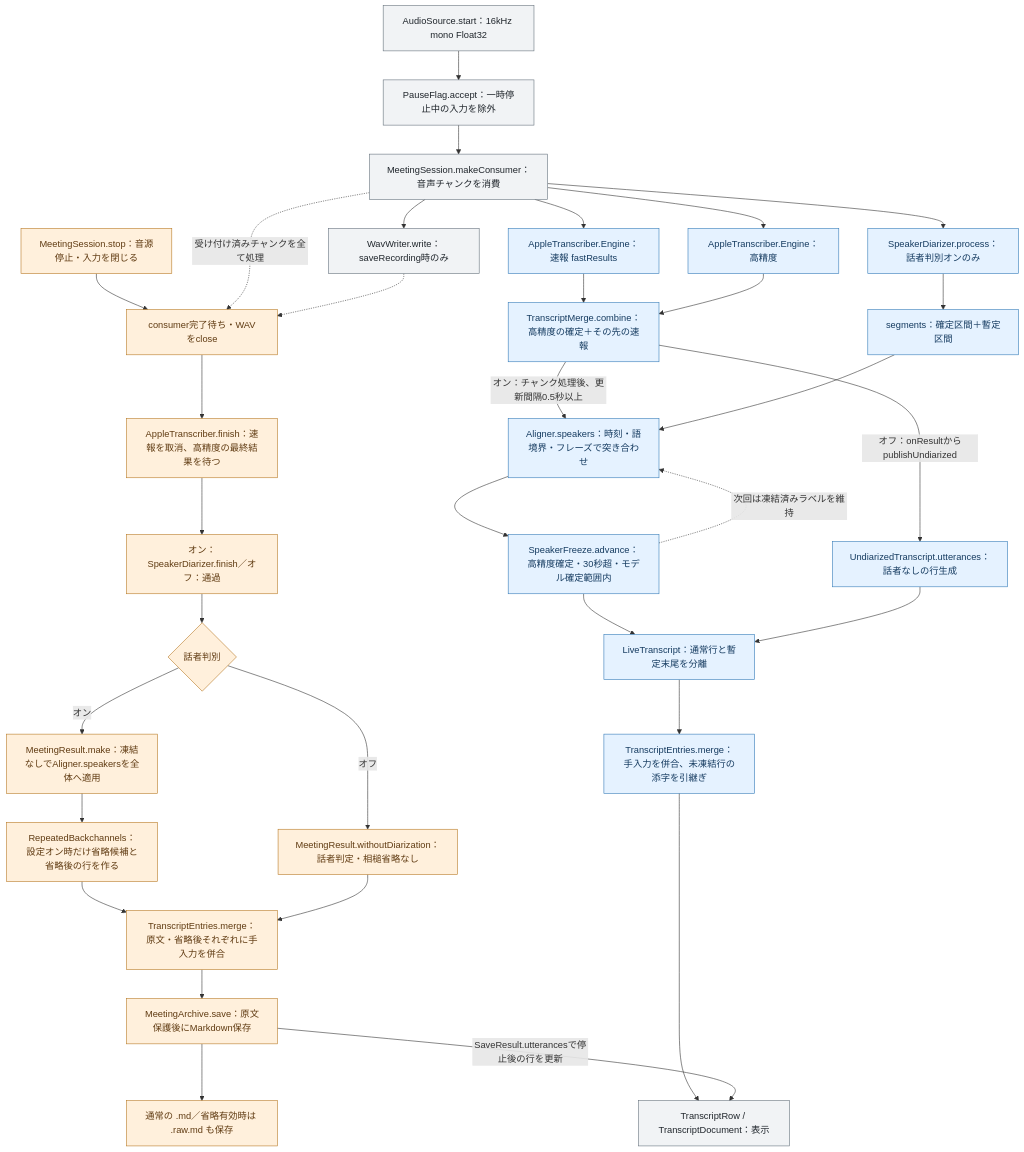
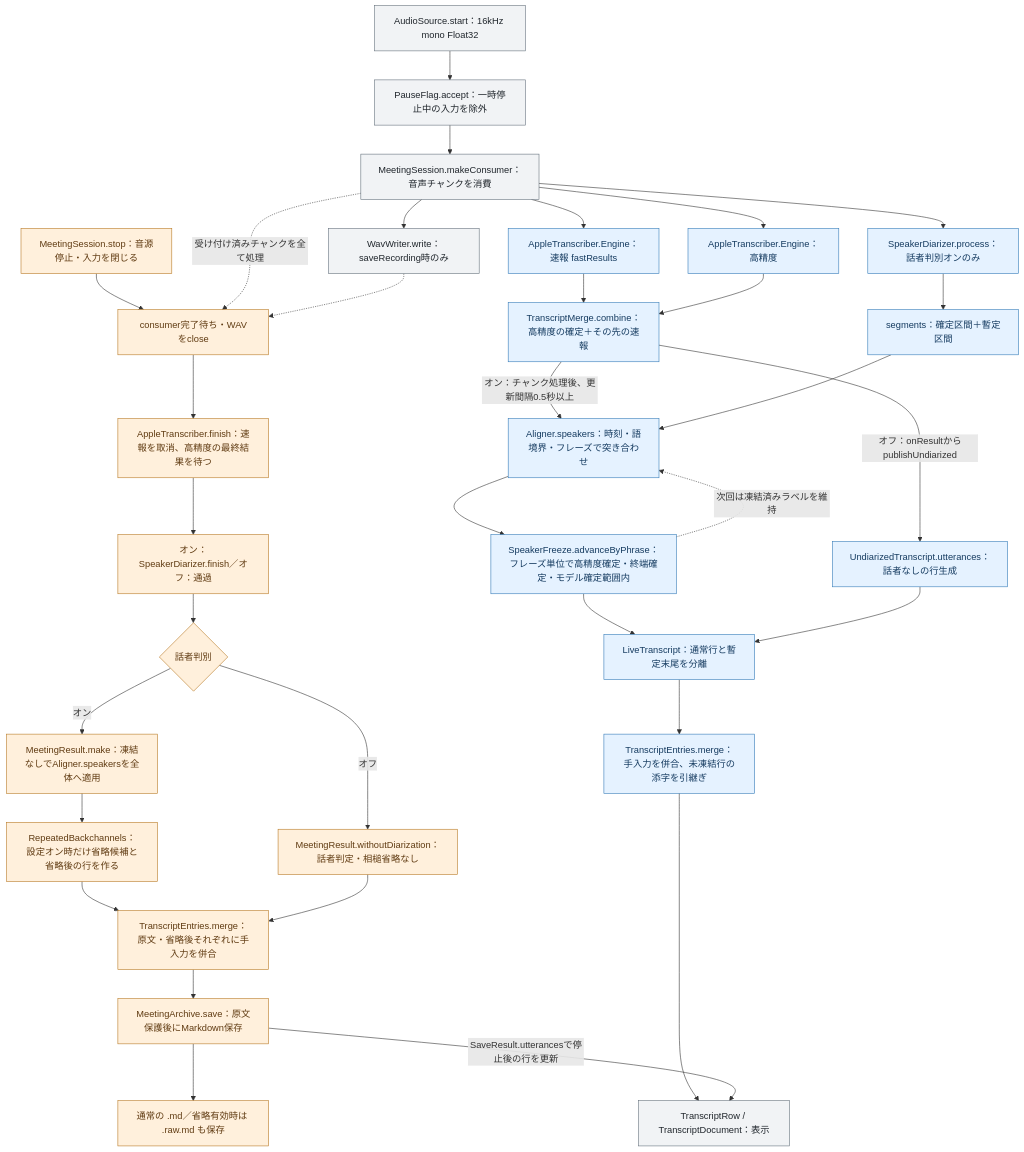
Before and after one commit to tadashi-aikawa/kikigaki: the first of 2 diagrams in docs/utterance-flow.md, drawn with Mermaid. The commit also changed other lines of this file and 30 other files, not shown here.

````diff
--- a/docs/utterance-flow.md
+++ b/docs/utterance-flow.md
@@ -9,43 +9,43 @@
 ```mermaid
 flowchart TD
     audio["AudioSource.start：16kHz mono Float32"] --> accept["PauseFlag.accept：一時停止中の入力を除外"]
     accept --> consume["MeetingSession.makeConsumer：音声チャンクを消費"]
     consume --> wav["WavWriter.write：saveRecording時のみ"]
     consume --> fast["AppleTranscriber.Engine：速報 fastResults"]
     consume --> accurate["AppleTranscriber.Engine：高精度"]
     consume --> diarizer["SpeakerDiarizer.process：話者判別オンのみ"]
     fast --> merge["TranscriptMerge.combine：高精度の確定＋その先の速報"]
     accurate --> merge
     diarizer --> segments["segments：確定区間＋暫定区間"]
     merge -->|オン：チャンク処理後、更新間隔0.5秒以上| align["Aligner.speakers：時刻・語境界・フレーズで突き合わせ"]
     segments --> align
-    align --> freeze["SpeakerFreeze.advance：高精度確定・30秒超・モデル確定範囲内"]
+    align --> freeze["SpeakerFreeze.advanceByPhrase：フレーズ単位で高精度確定・終端確定・モデル確定範囲内"]
     freeze -.->|次回は凍結済みラベルを維持| align
     freeze --> live["LiveTranscript：通常行と暫定末尾を分離"]
     merge -->|オフ：onResultからpublishUndiarized| off["UndiarizedTranscript.utterances：話者なしの行生成"]
     off --> live
     live --> entries["TranscriptEntries.merge：手入力を併合、未凍結行の添字を引継ぎ"]
     entries --> ui["TranscriptRow / TranscriptDocument：表示"]
 
     stop["MeetingSession.stop：音源停止・入力を閉じる"] --> drain["consumer完了待ち・WAVをclose"]
     consume -.->|受け付け済みチャンクを全て処理| drain
     wav -.-> drain
     drain --> asrEnd["AppleTranscriber.finish：速報を取消、高精度の最終結果を待つ"]
     asrEnd --> speakerEnd["オン：SpeakerDiarizer.finish／オフ：通過"]
     speakerEnd --> finalMode{"話者判別"}
     finalMode -->|オン| realign["MeetingResult.make：凍結なしでAligner.speakersを全体へ適用"]
     finalMode -->|オフ| noDiarization["MeetingResult.withoutDiarization：話者判定・相槌省略なし"]
     realign --> omit["RepeatedBackchannels：設定オン時だけ省略候補と省略後の行を作る"]
     omit --> finalEntries["TranscriptEntries.merge：原文・省略後それぞれに手入力を併合"]
     noDiarization --> finalEntries
     finalEntries --> archive["MeetingArchive.save：原文保護後にMarkdown保存"]
     archive --> md["通常の .md／省略有効時は .raw.md も保存"]
     archive -->|SaveResult.utterancesで停止後の行を更新| ui
 
     classDef common fill:#f1f3f5,stroke:#65717c,color:#20262c
     classDef recording fill:#e5f2ff,stroke:#337ab7,color:#153b60
     classDef stopping fill:#fff0dc,stroke:#b77924,color:#603b12
     class audio,accept,consume,wav,ui common
     class fast,accurate,diarizer,merge,segments,align,freeze,live,off,entries recording
     class stop,drain,asrEnd,speakerEnd,finalMode,realign,noDiarization,omit,finalEntries,archive,md stopping
 ```
````
